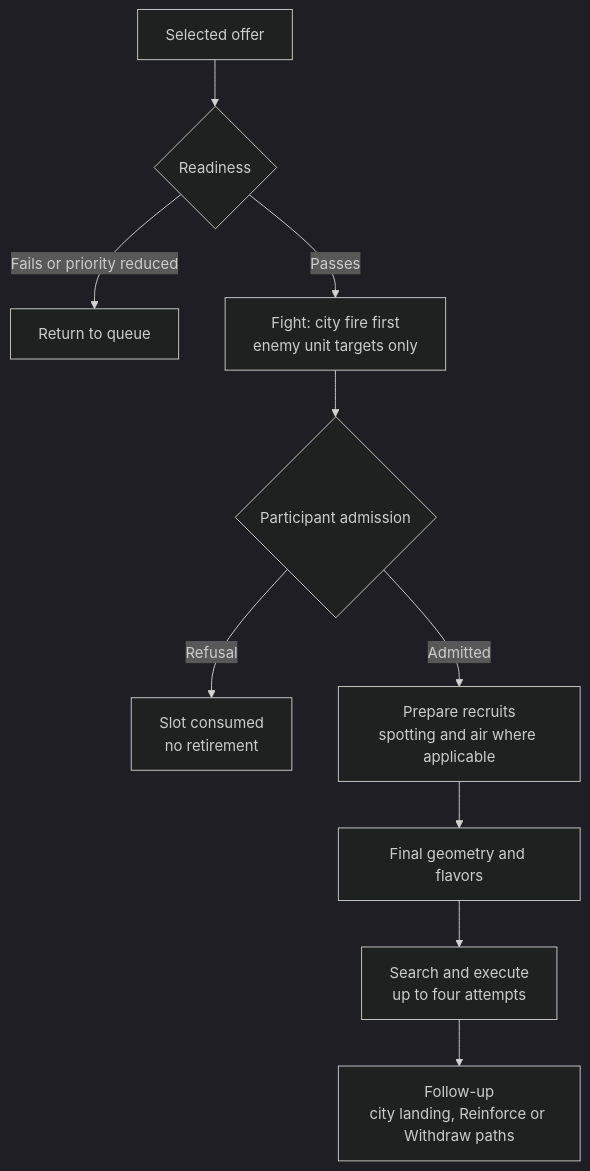
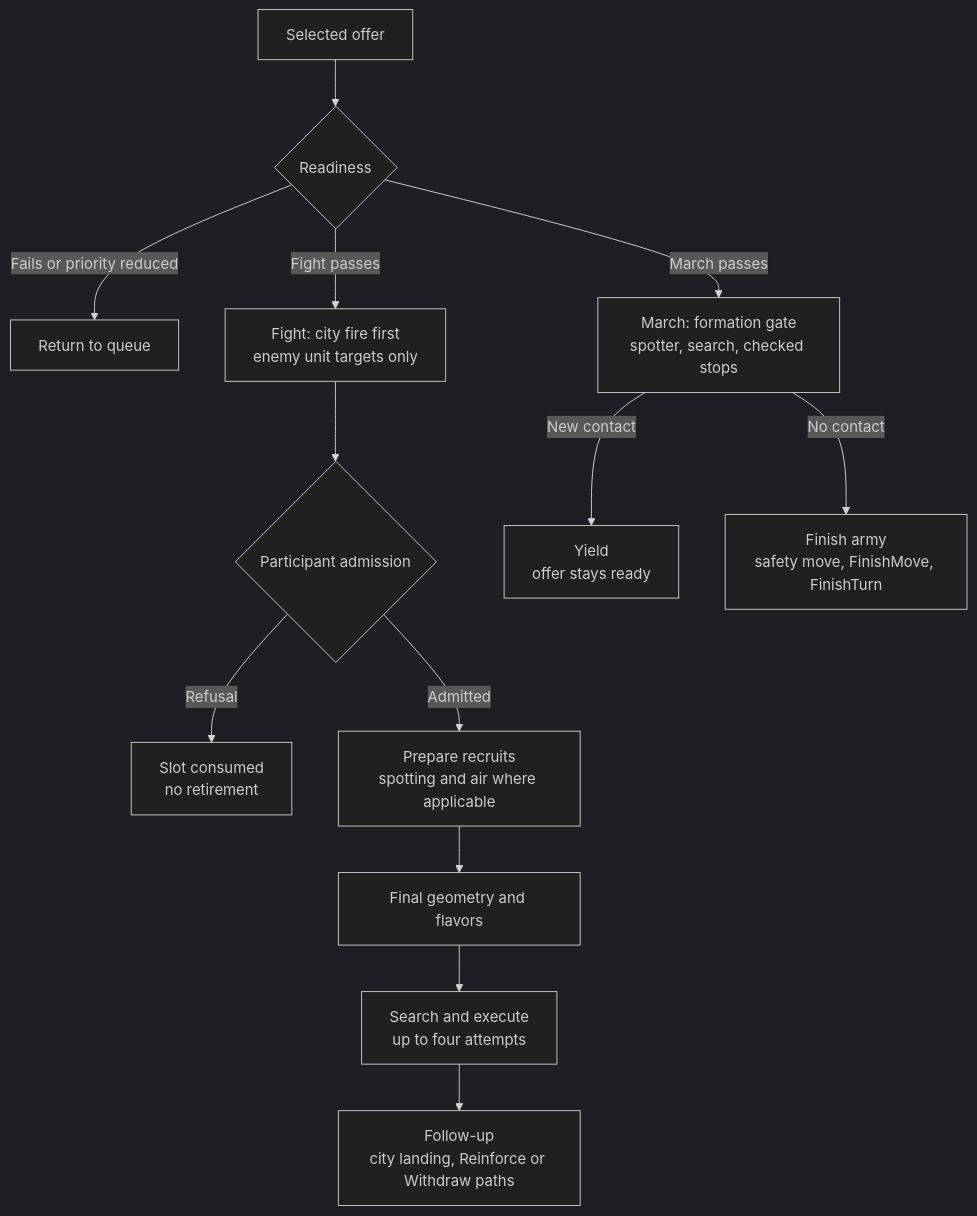
Before and after one commit to vox-deorum/vox-deorum: the diagram in docs/developers/civ5-dll/unit-ai/commands/execution.md, drawn with Mermaid (dark theme). The commit also changed other lines of this file and 12 other files, not shown here.

````diff
--- a/docs/developers/civ5-dll/unit-ai/commands/execution.md
+++ b/docs/developers/civ5-dll/unit-ai/commands/execution.md
@@ -7,12 +7,15 @@
 ```mermaid
 flowchart TD
     O["Selected offer"] --> C{"Readiness"}
     C -->|Fails or priority reduced| Q["Return to queue"]
-    C -->|Passes| F["Fight: city fire first<br/>enemy unit targets only"]
+    C -->|Fight passes| F["Fight: city fire first<br/>enemy unit targets only"]
     F --> A{"Participant admission"}
     A -->|Refusal| R["Slot consumed<br/>no retirement"]
     A -->|Admitted| P["Prepare recruits<br/>spotting and air where applicable"]
     P --> S["Final geometry and flavors"]
     S --> E["Search and execute<br/>up to four attempts"]
     E --> M["Follow-up<br/>city landing, Reinforce or Withdraw paths"]
+    C -->|March passes| G["March: formation gate<br/>spotter, search, checked stops"]
+    G -->|New contact| Y["Yield<br/>offer stays ready"]
+    G -->|No contact| N["Finish army<br/>safety move, FinishMove, FinishTurn"]
 ```
````
